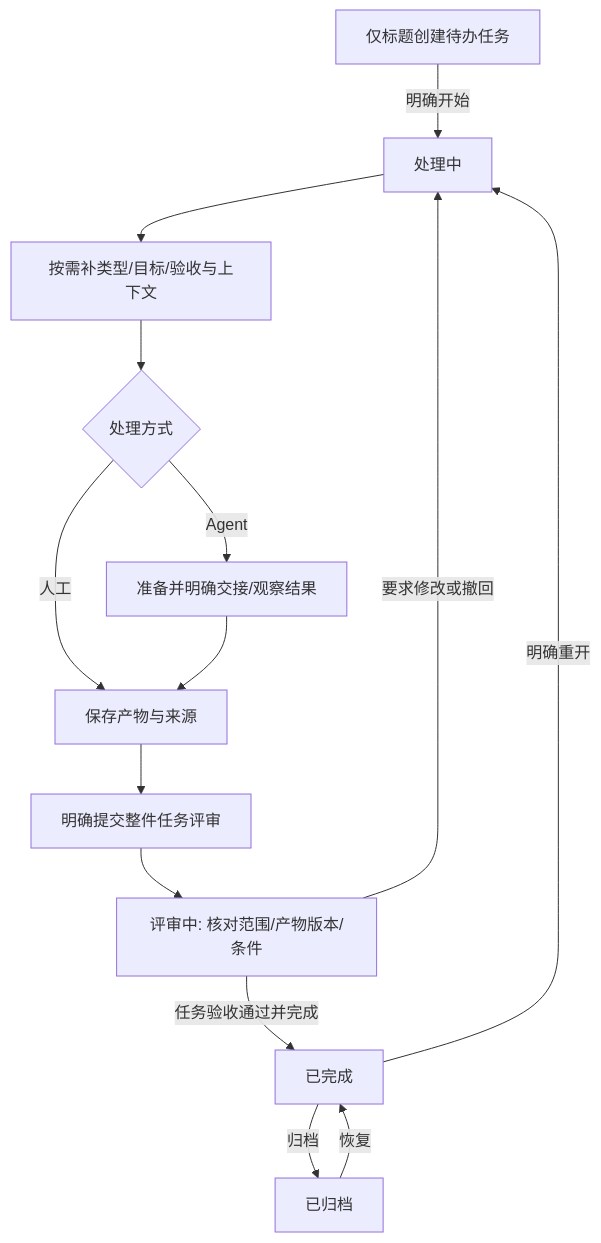
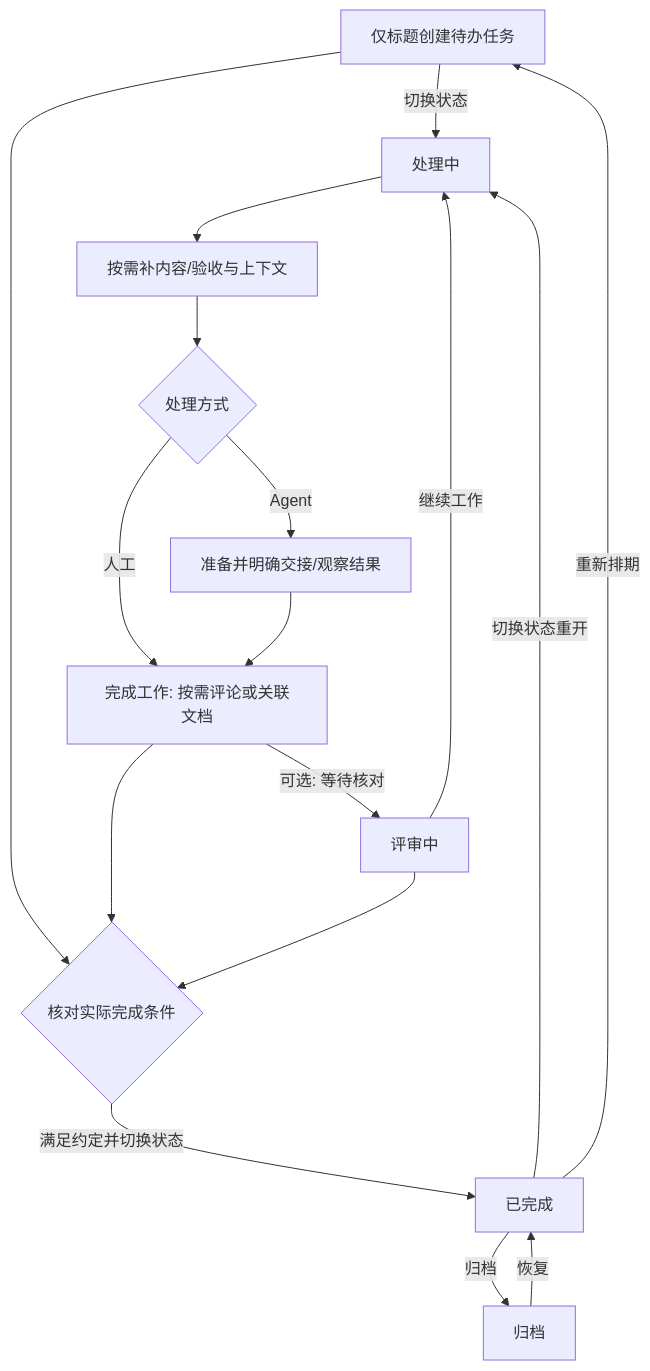
The diagram in docs/product/operation-flows.md (Zack-Zz/reed), drawn with Mermaid before and after one commit. The commit also changed other lines of this file and 33 other files, not shown here.

````diff
--- a/docs/product/operation-flows.md
+++ b/docs/product/operation-flows.md
@@ -80,16 +82,19 @@
 ```mermaid
 flowchart TD
-    A[仅标题创建待办任务] -->|明确开始| B[处理中]
-    B --> C[按需补类型/目标/验收与上下文]
+    A[仅标题创建待办任务] -->|切换状态| B[处理中]
+    A --> K{核对实际完成条件}
+    B --> C[按需补内容/验收与上下文]
     C --> D{处理方式}
-    D -->|人工| E[保存产物与来源]
+    D -->|人工| E[完成工作: 按需评论或关联文档]
     D -->|Agent| F[准备并明确交接/观察结果]
     F --> E
-    E --> G[明确提交整件任务评审]
-    G --> H[评审中: 核对范围/产物版本/条件]
-    H -->|要求修改或撤回| B
-    H -->|任务验收通过并完成| I[已完成]
-    I -->|归档| J[已归档]
+    E --> K
+    E -->|可选: 等待核对| H[评审中]
+    H -->|继续工作| B
+    H --> K
+    K -->|满足约定并切换状态| I[已完成]
+    I -->|归档| J[归档]
     J -->|恢复| I
-    I -->|明确重开| B
+    I -->|切换状态重开| B
+    I -->|重新排期| A
 ```
````
